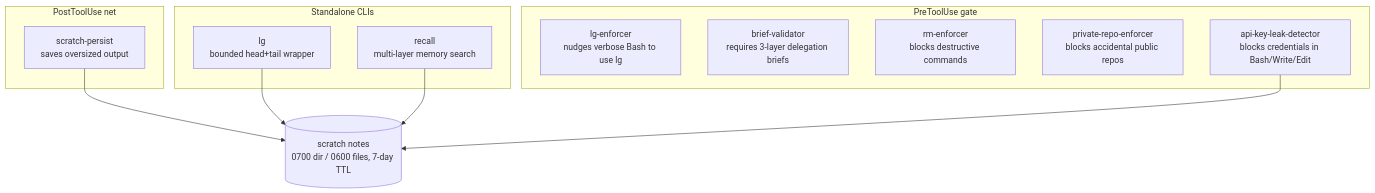
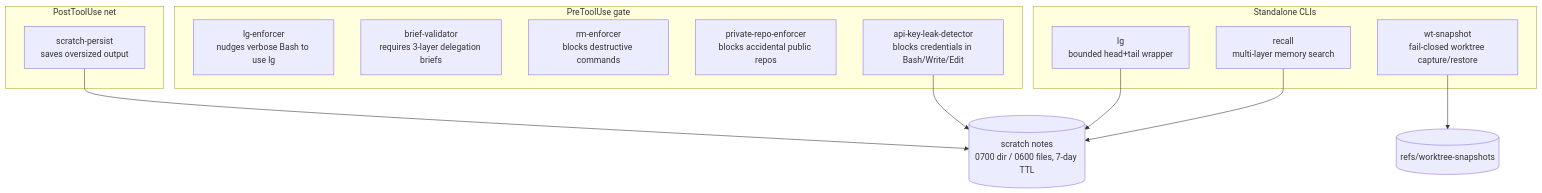
One commit to caty-ai/context-kit changed the diagram in docs/engineering.md. Above: the diagram before and after it, drawn with Mermaid. The commit also changed other lines of this file and 7 other files, not shown here.

First line of the commit message:
fix(wt-snapshot): round-2 — close false-safety no-op paths and harden capture/restore (#13)

````diff
--- a/docs/engineering.md
+++ b/docs/engineering.md
@@ -40,21 +41,23 @@
 ```mermaid
 flowchart TB
     subgraph pre [PreToolUse gate]
         LGE[lg-enforcer<br>nudges verbose Bash to use lg]
         BV[brief-validator<br>requires 3-layer delegation briefs]
         RM[rm-enforcer<br>blocks destructive commands]
         PR[private-repo-enforcer<br>blocks accidental public repos]
         AK[api-key-leak-detector<br>blocks credentials in Bash/Write/Edit]
     end
     subgraph post [PostToolUse net]
         SP[scratch-persist<br>saves oversized output]
     end
     subgraph cli [Standalone CLIs]
         LG[lg<br>bounded head+tail wrapper]
         RC[recall<br>multi-layer memory search]
+        WS[wt-snapshot<br>fail-closed worktree capture/restore]
     end
     LG --> S[(scratch notes<br>0700 dir / 0600 files, 7-day TTL)]
     SP --> S
     AK --> S
     RC --> S
+    WS --> R[(refs/worktree-snapshots)]
 ```
````
